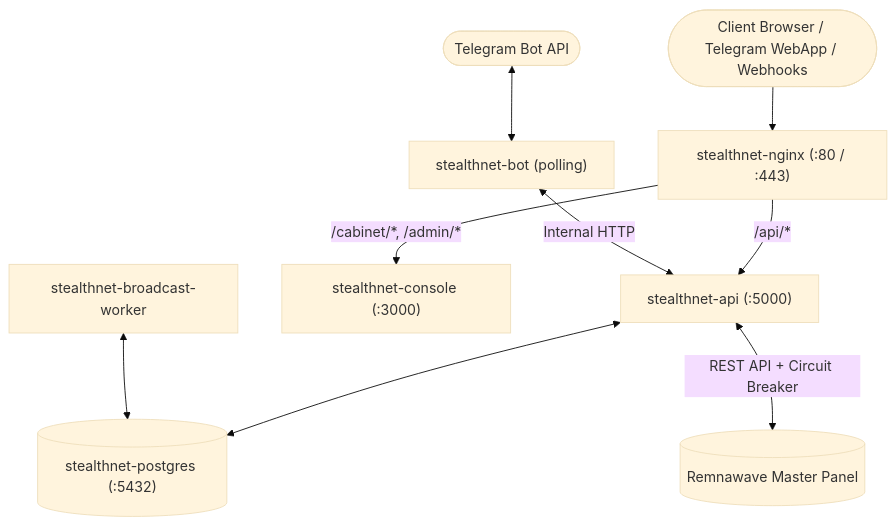
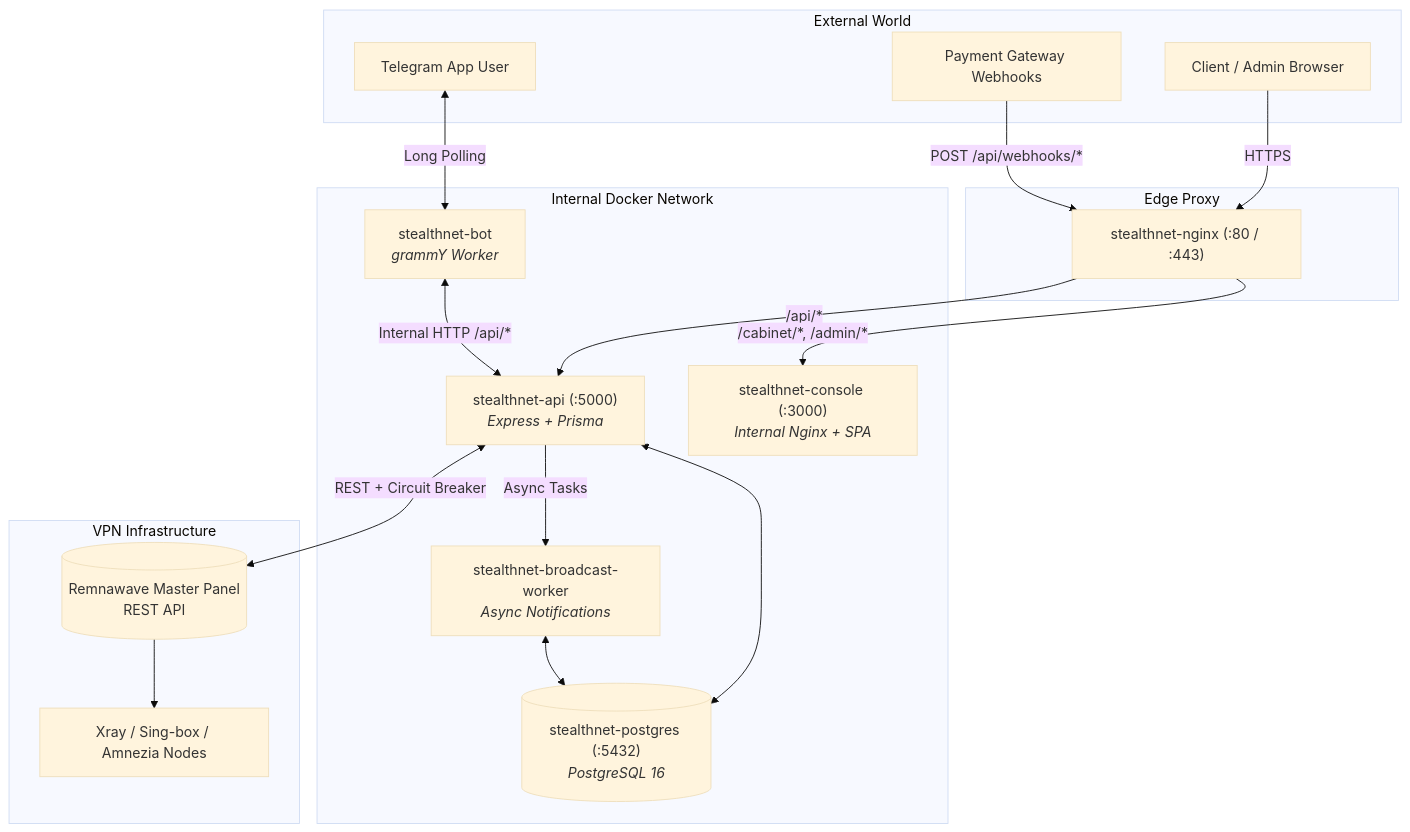
Before and after one commit to STEALTHNET-APP/remnawave-STEALTHNET-Bot: the first of 2 diagrams in AGENTS.md, drawn with Mermaid (base theme). The commit also changed other lines of this file, not shown here.

Commit message:
docs: углубленная карта проекта (69 модулей, ER-диаграмма, таблица crons, playbooks)

````diff
--- a/AGENTS.md
+++ b/AGENTS.md
@@ -31,14 +30,39 @@
 ```mermaid
 flowchart TD
-    Internet(["Client Browser / Telegram WebApp / Webhooks"]) --> Nginx["stealthnet-nginx (:80 / :443)"]
-    TelegramServers(["Telegram Bot API"]) <--> Bot["stealthnet-bot (polling)"]
-    
-    Nginx -->|"/api/*"| API["stealthnet-api (:5000)"]
-    Nginx -->|"/cabinet/*, /admin/*"| Console["stealthnet-console (:3000)"]
-    
-    API <--> Postgres[("stealthnet-postgres (:5432)")]
-    Bot <-->|Internal HTTP| API
-    Worker["stealthnet-broadcast-worker"] <--> Postgres
-    
-    API <-->|REST API + Circuit Breaker| Remnawave[("Remnawave Master Panel")]
+    subgraph External["External World"]
+        UserBrowser["Client / Admin Browser"]
+        TelegramUser["Telegram App User"]
+        BankWebhook["Payment Gateway Webhooks"]
+    end
+
+    subgraph ReverseProxy["Edge Proxy"]
+        Nginx["stealthnet-nginx (:80 / :443)"]
+    end
+
+    subgraph CoreServices["Internal Docker Network"]
+        API["stealthnet-api (:5000)<br/><i>Express + Prisma</i>"]
+        Bot["stealthnet-bot<br/><i>grammY Worker</i>"]
+        Console["stealthnet-console (:3000)<br/><i>Internal Nginx + SPA</i>"]
+        Worker["stealthnet-broadcast-worker<br/><i>Async Notifications</i>"]
+        Postgres[("stealthnet-postgres (:5432)<br/><i>PostgreSQL 16</i>")]
+    end
+
+    subgraph RemnaMaster["VPN Infrastructure"]
+        RemnaPanel[("Remnawave Master Panel<br/>REST API")]
+        VPN_Nodes["Xray / Sing-box / Amnezia Nodes"]
+    end
+
+    UserBrowser -->|HTTPS| Nginx
+    BankWebhook -->|POST /api/webhooks/*| Nginx
+    Nginx -->|/api/*| API
+    Nginx -->|/cabinet/*, /admin/*| Console
+
+    TelegramUser <-->|Long Polling| Bot
+    Bot <-->|Internal HTTP /api/*| API
+    API <--> Postgres
+    Worker <--> Postgres
+    API -->|Async Tasks| Worker
+
+    API <-->|REST + Circuit Breaker| RemnaPanel
+    RemnaPanel --> VPN_Nodes
 ```
````
